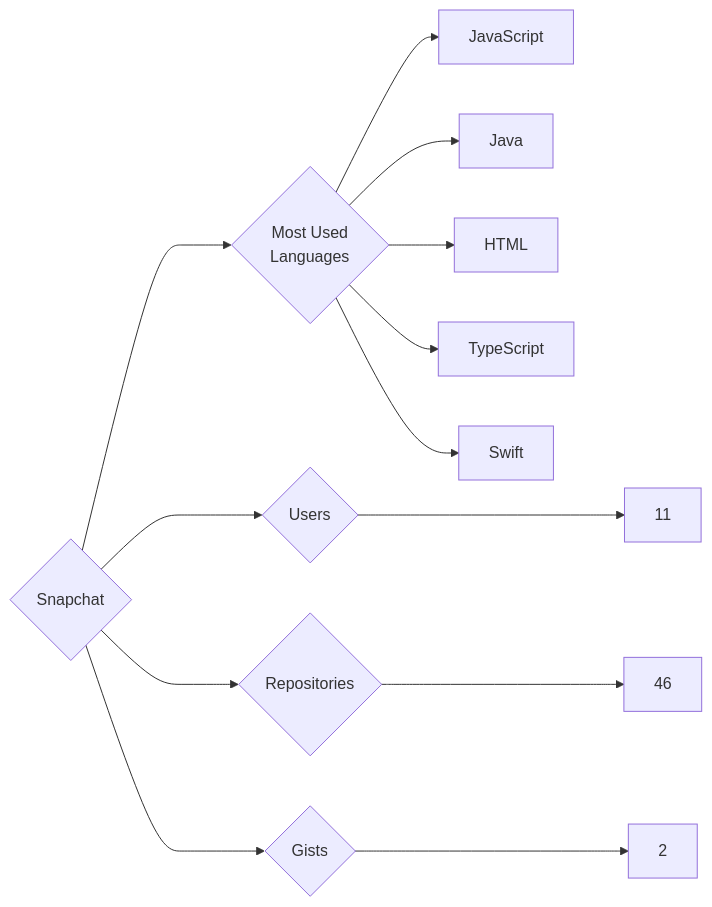
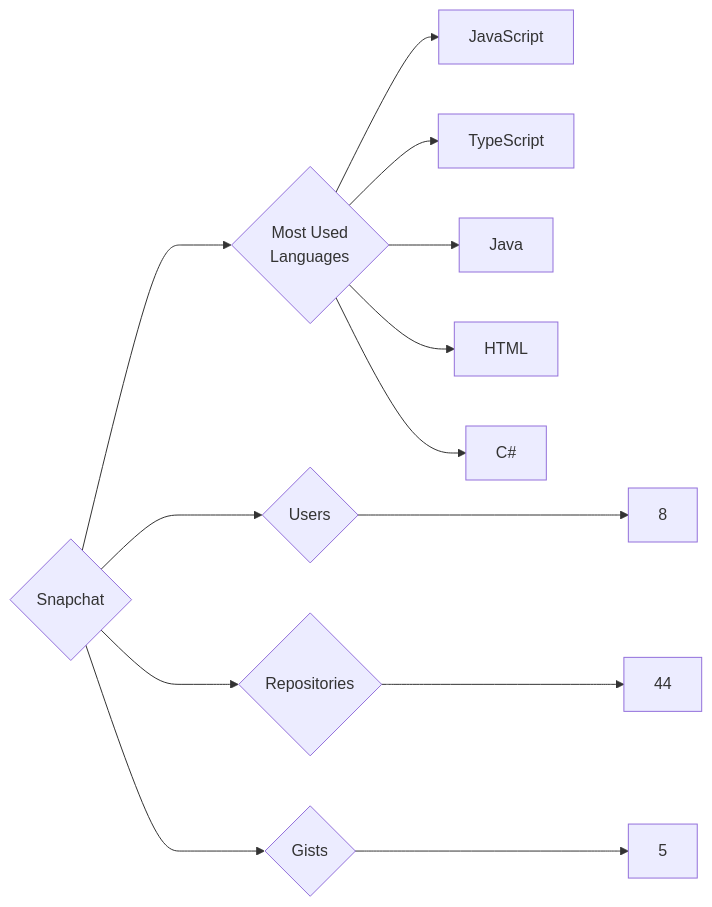
One commit to trickest/insiders changed the diagram in targets/Snapchat/README.md. Above: the diagram before and after it, drawn with Mermaid. The commit also changed 1479 other files, not shown here.

````diff
--- a/targets/Snapchat/README.md
+++ b/targets/Snapchat/README.md
@@ -3,13 +3,13 @@
 ```mermaid
 graph LR
 COMPANY_NAME{Snapchat}
-COMPANY_NAME ---> U{Users} ---> UN[11]
-COMPANY_NAME ---> R{Repositories} ---> RN[46]
-COMPANY_NAME ---> G{Gists} ---> GN[2]
+COMPANY_NAME ---> U{Users} ---> UN[8]
+COMPANY_NAME ---> R{Repositories} ---> RN[44]
+COMPANY_NAME ---> G{Gists} ---> GN[5]
 COMPANY_NAME ---> ML{Most Used<br>Languages}
 ML --> JavaScript[JavaScript]
+ML --> TypeScript[TypeScript]
 ML --> Java[Java]
 ML --> HTML[HTML]
-ML --> TypeScript[TypeScript]
-ML --> Swift[Swift]
+ML --> C#[C#]
 ```
````
